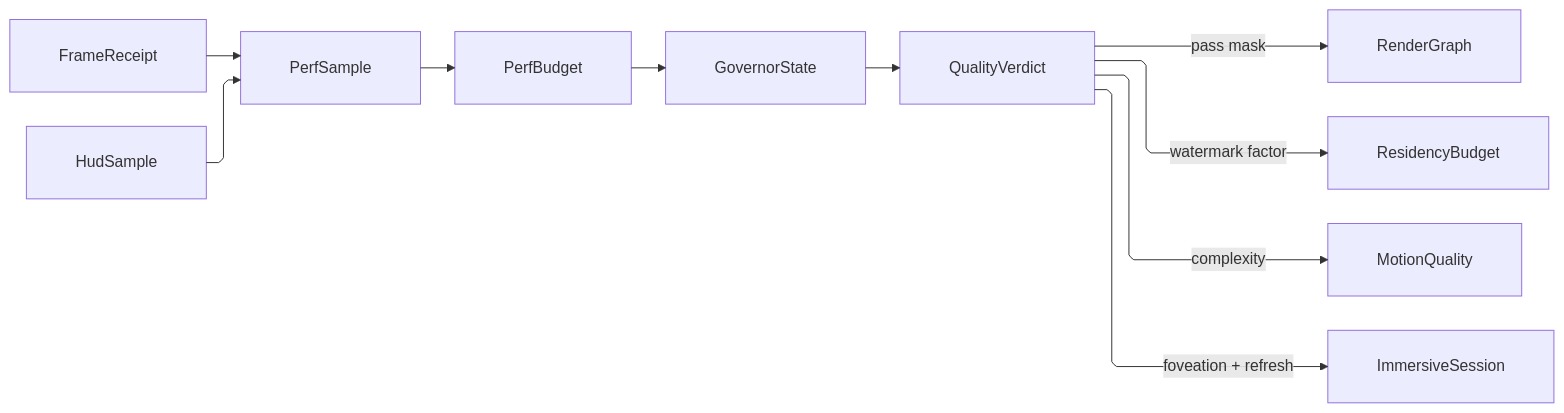
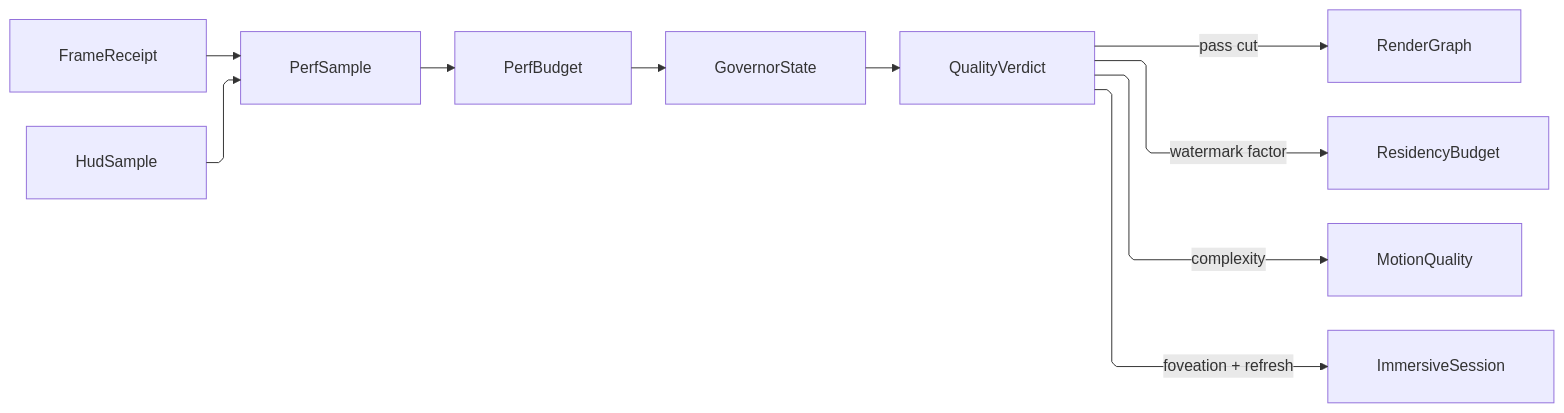
The diagram in libs/csharp/Rasm.AppUi/.planning/Diagnostics/governor.md (bsamiee/Rasm), drawn with Mermaid before and after one commit. The commit also changed other lines of this file and 818 other files, not shown here.

````diff
--- a/libs/csharp/Rasm.AppUi/.planning/Diagnostics/governor.md
+++ b/libs/csharp/Rasm.AppUi/.planning/Diagnostics/governor.md
@@ -253,21 +271,21 @@
 ```mermaid
 ---
 config:
   layout: elk
   flowchart:
     curve: linear
     padding: 25
 ---
 flowchart LR
     accTitle: Frame-budget governor verdict fan
-    accDescr: Frame and HUD receipts folding into one performance sample measured against the budget, the governor state resolving one quality verdict, and that verdict driving the render pass mask, residency watermark, motion complexity, and immersive foveation.
+    accDescr: Frame and HUD receipts folding into one performance sample measured against the budget, the governor state resolving one quality verdict, and that verdict driving the render pass cut, residency watermark, motion complexity, and immersive foveation.
     FrameReceipt --> PerfSample
     HudSample --> PerfSample
     PerfSample --> PerfBudget
     PerfBudget --> GovernorState
     GovernorState --> QualityVerdict
-    QualityVerdict -->|pass mask| RenderGraph
+    QualityVerdict -->|pass cut| RenderGraph
     QualityVerdict -->|watermark factor| ResidencyBudget
     QualityVerdict -->|complexity| MotionQuality
     QualityVerdict -->|foveation + refresh| ImmersiveSession
 ```
````
